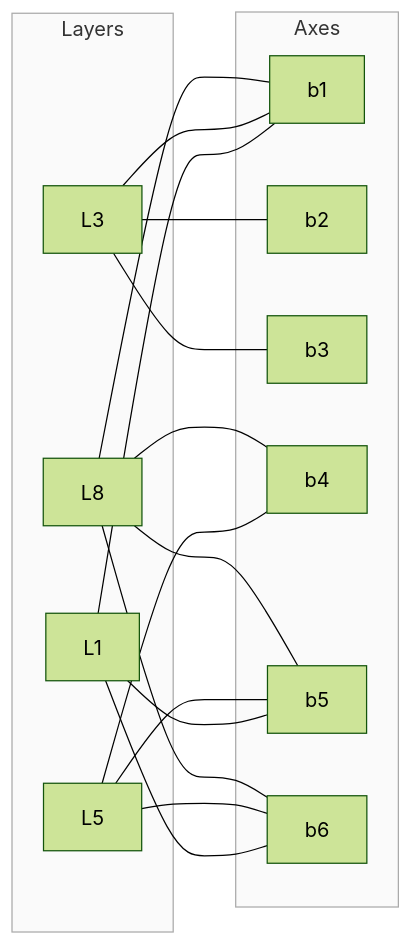
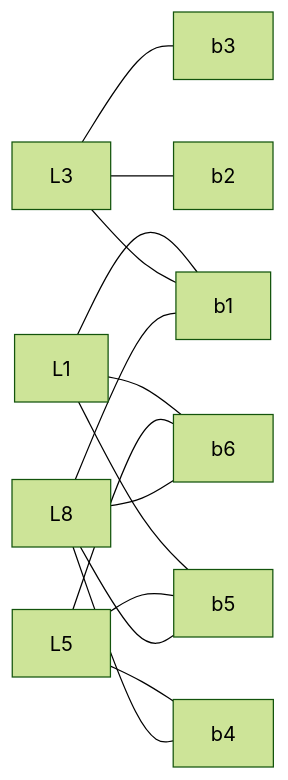
The fifth of 8 diagrams in whitepaper/Whitepaper‑Figures.mmd (sciganec/subit-atlas), drawn with Mermaid (forest theme) before and after one commit. The commit also changed other lines of this file, not shown here.

````diff
--- a/whitepaper/Whitepaper‑Figures.mmd
+++ b/whitepaper/Whitepaper‑Figures.mmd
@@ -128,39 +110,19 @@
 ```mermaid
 graph LR
+    L1["L1"] --- B1["b1"]
+    L1 --- B5["b5"]
+    L1 --- B6["b6"]
 
-    subgraph Layers
-        L1["L1"]
-        L3["L3"]
-        L5["L5"]
-        L8["L8"]
-    end
+    L3["L3"] --- B1
+    L3 --- B2["b2"]
+    L3 --- B3["b3"]
 
-    subgraph Axes
-        B1["b1"]
-        B2["b2"]
-        B3["b3"]
-        B4["b4"]
-        B5["b5"]
-        B6["b6"]
-    end
-
-    L1 --- B1
-    L1 --- B5
-    L1 --- B6
-
-    L3 --- B1
-    L3 --- B2
-    L3 --- B3
-
-    L5 --- B4
+    L5["L5"] --- B4["b4"]
     L5 --- B5
     L5 --- B6
 
-    L8 --- B1
+    L8["L8"] --- B1
     L8 --- B4
     L8 --- B5
     L8 --- B6
-
-    style Layers fill:#fafafa,stroke:#aaa
-    style Axes fill:#fafafa,stroke:#aaa
 ```
````
